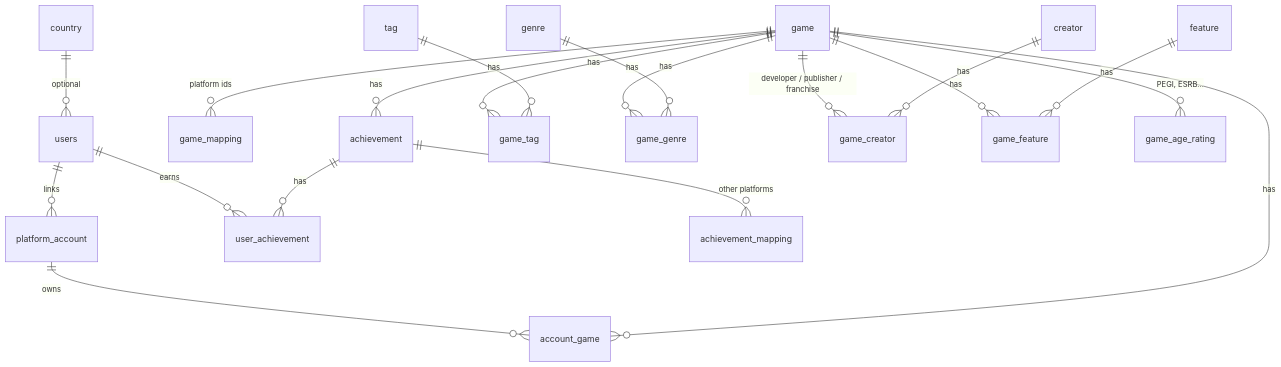
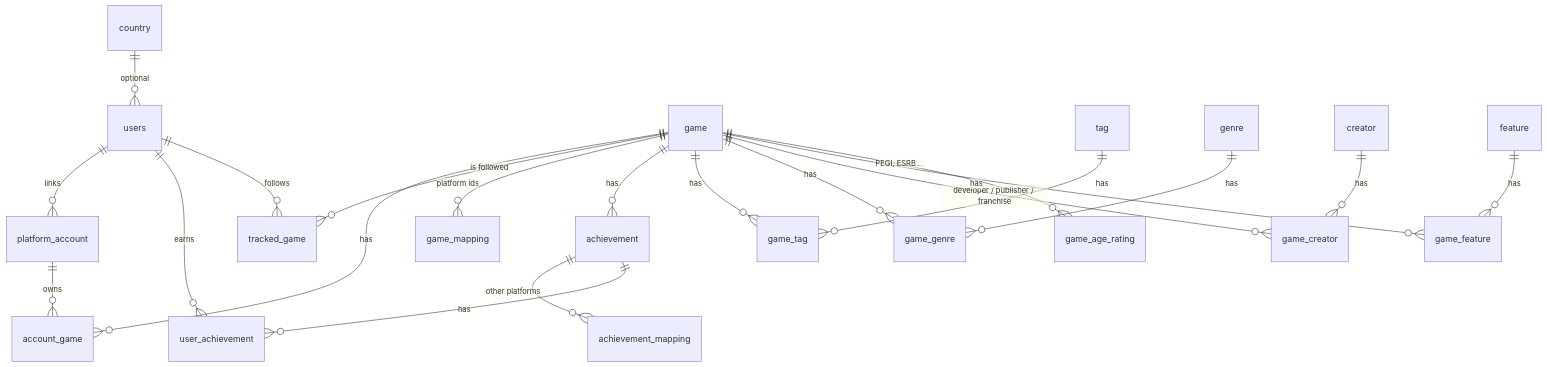
One commit to hectordev4/lavrel-backend changed the diagram in README.md. Above: the diagram before and after it, drawn with Mermaid. The commit also changed other lines of this file, not shown here.

````diff
--- a/README.md
+++ b/README.md
@@ -215,21 +258,23 @@
 ```mermaid
 erDiagram
     country ||--o{ users : "optional"
     users ||--o{ platform_account : links
     users ||--o{ user_achievement : earns
+    users ||--o{ tracked_game : follows
     platform_account ||--o{ account_game : owns
     game ||--o{ account_game : "has"
+    game ||--o{ tracked_game : "is followed"
     game ||--o{ game_mapping : "platform ids"
     game ||--o{ achievement : has
     achievement ||--o{ achievement_mapping : "other platforms"
     achievement ||--o{ user_achievement : "has"
     game ||--o{ game_tag : "has"
     tag ||--o{ game_tag : "has"
     game ||--o{ game_genre : "has"
     genre ||--o{ game_genre : "has"
     game ||--o{ game_creator : "developer / publisher / franchise"
     creator ||--o{ game_creator : "has"
     game ||--o{ game_feature : "has"
     feature ||--o{ game_feature : "has"
     game ||--o{ game_age_rating : "PEGI, ESRB..."
 ```
````
